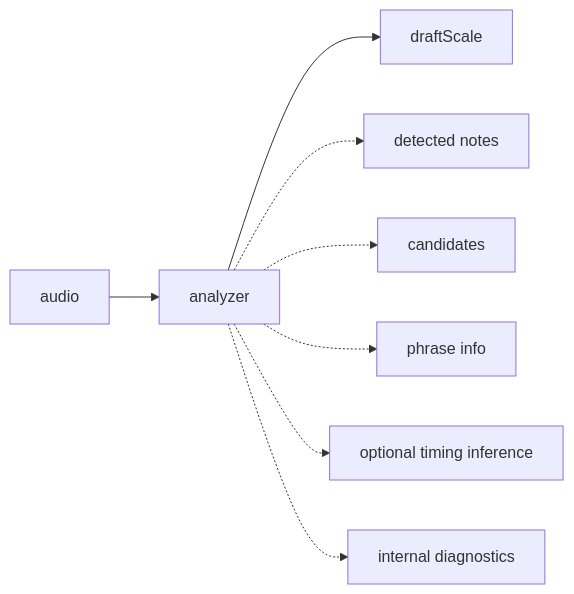
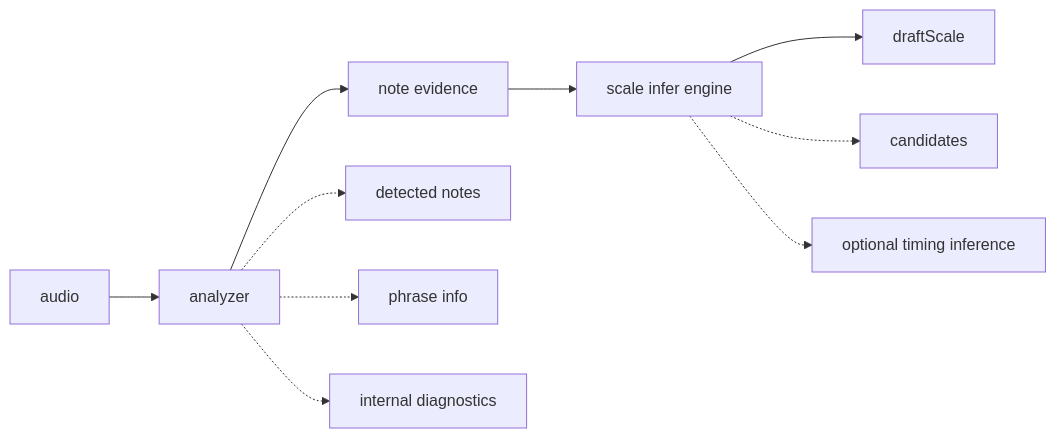
One commit to robertdyr/skales-v1 changed the second of 6 diagrams in docs/architecture/analyzer.md. Above: the diagram before and after it, drawn with Mermaid. The commit also changed other lines of this file and 34 other files, not shown here.

````diff
--- a/docs/architecture/analyzer.md
+++ b/docs/architecture/analyzer.md
@@ -18,9 +19,10 @@
 ```mermaid
 flowchart LR
-    AudioDiag["audio"] --> AnalyzerDiag["analyzer"] --> DraftDiag["draftScale"]
+    AudioDiag["audio"] --> AnalyzerDiag["analyzer"] --> EvidenceDiag["note evidence"]
+    EvidenceDiag --> InferDiag["scale infer engine"] --> DraftDiag["draftScale"]
     AnalyzerDiag -.-> Notes["detected notes"]
-    AnalyzerDiag -.-> Candidates["candidates"]
     AnalyzerDiag -.-> Phrases["phrase info"]
-    AnalyzerDiag -.-> Timing["optional timing inference"]
     AnalyzerDiag -.-> Diagnostics["internal diagnostics"]
+    InferDiag -.-> Candidates["candidates"]
+    InferDiag -.-> Timing["optional timing inference"]
 ```
````
